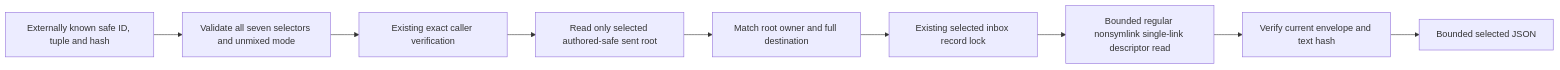
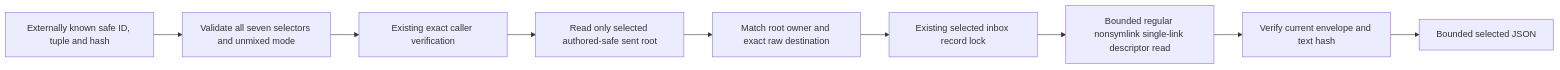
One commit to cfaysal/kherep changed the eighth of 8 diagrams in modules/control-plane/ARCHITECTURE.md. Above: the diagram before and after it, drawn with Mermaid. The commit also changed other lines of this file and 6 other files, not shown here.

````diff
--- a/modules/control-plane/ARCHITECTURE.md
+++ b/modules/control-plane/ARCHITECTURE.md
@@ -1060,11 +1063,11 @@
 ```mermaid
 flowchart LR
   safe[Externally known safe ID, tuple and hash] --> syntax[Validate all seven selectors and unmixed mode]
   syntax --> identity[Existing exact caller verification]
   identity --> root[Read only selected authored-safe sent root]
-  root --> owner[Match root owner and full destination]
+  root --> owner[Match root owner and exact raw destination]
   owner --> lock[Existing selected inbox record lock]
   lock --> read[Bounded regular nonsymlink single-link descriptor read]
   read --> match[Verify current envelope and text hash]
   match --> json[Bounded selected JSON]
 ```
````
